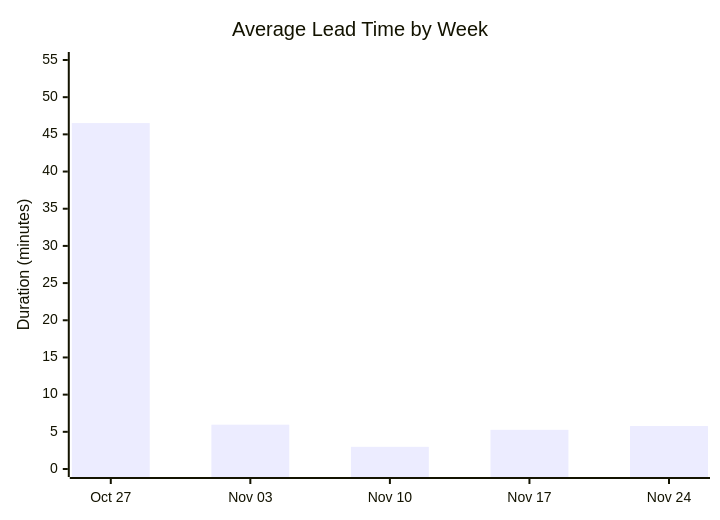
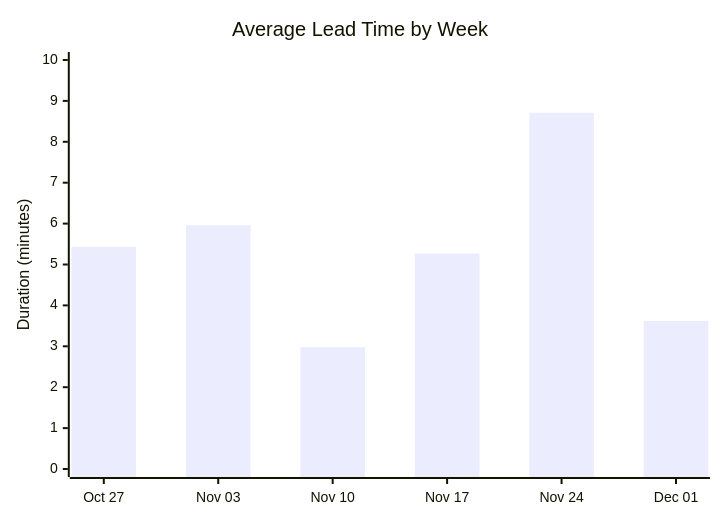
One commit to ukma-cs-ssdm-2025/rate-ukma changed the second of 4 diagrams in docs/ci-cd/dora-summary.md. Above: the diagram before and after it, drawn with Mermaid. The commit also changed other lines of this file, not shown here.

````diff
--- a/docs/ci-cd/dora-summary.md
+++ b/docs/ci-cd/dora-summary.md
@@ -30,7 +30,7 @@
 ```mermaid
 xychart-beta
     title "Average Lead Time by Week"
-    x-axis ["Oct 27", "Nov 03", "Nov 10", "Nov 17", "Nov 24"]
-    y-axis "Duration (minutes)" 0 --> 55
-    bar [46.52, 5.96, 2.98, 5.27, 5.78]
+    x-axis ["Oct 27", "Nov 03", "Nov 10", "Nov 17", "Nov 24", "Dec 01"]
+    y-axis "Duration (minutes)" 0 --> 10
+    bar [5.43, 5.96, 2.98, 5.27, 8.71, 3.62]
 ```
````
